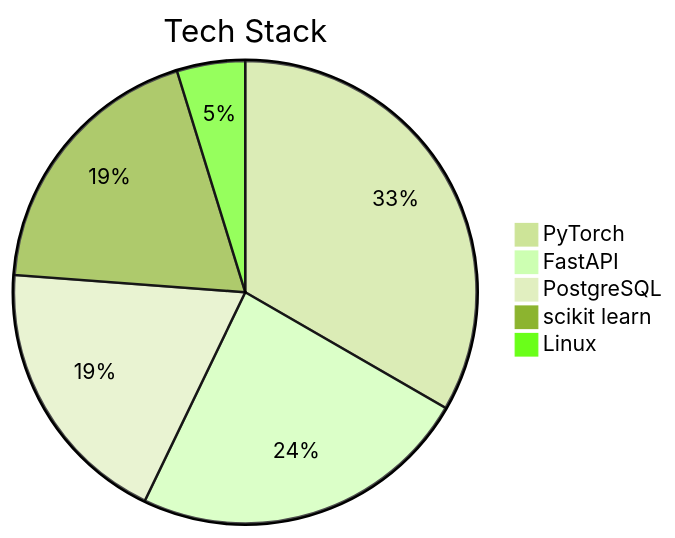
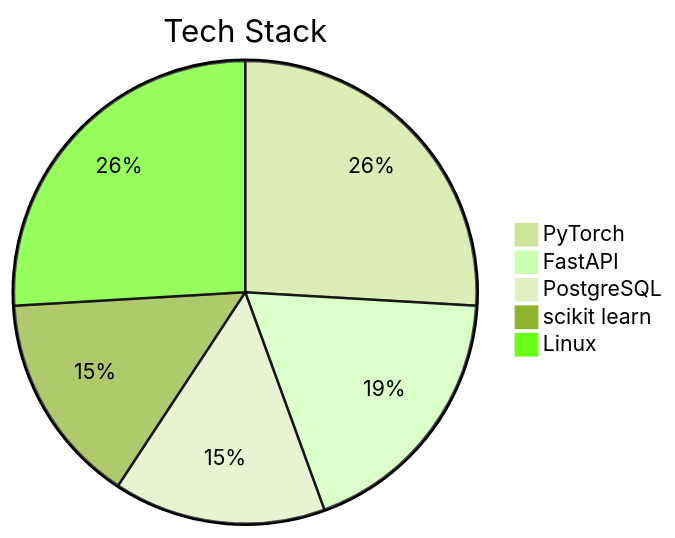
Before and after one commit to LokiChan69/LokiChan69: the diagram in README.md, drawn with Mermaid (forest theme).

````diff
--- a/README.md
+++ b/README.md
@@ -17,8 +17,8 @@
 ```mermaid
 pie title Tech Stack
     "PyTorch" : 35
     "FastAPI" : 25
     "PostgreSQL" : 20
     "scikit learn" : 20
-    "Linux" : 5
+    "Linux" : 35
 ```
````
